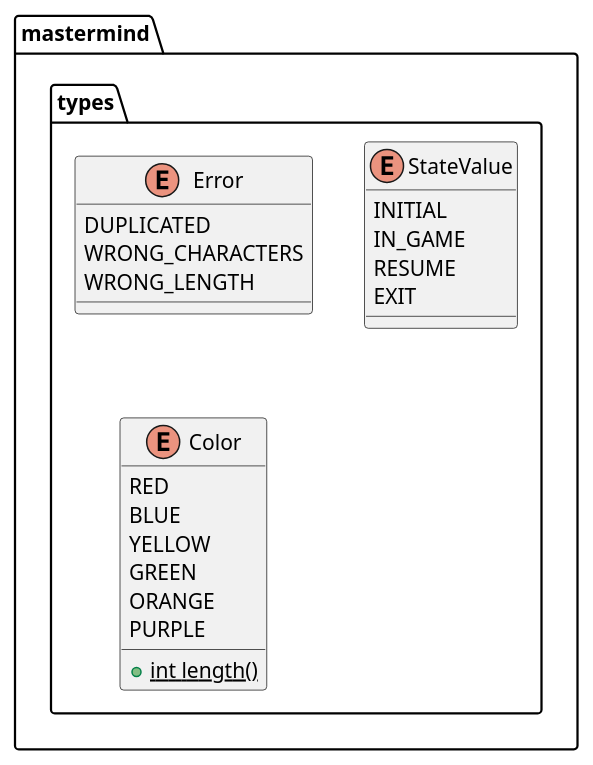
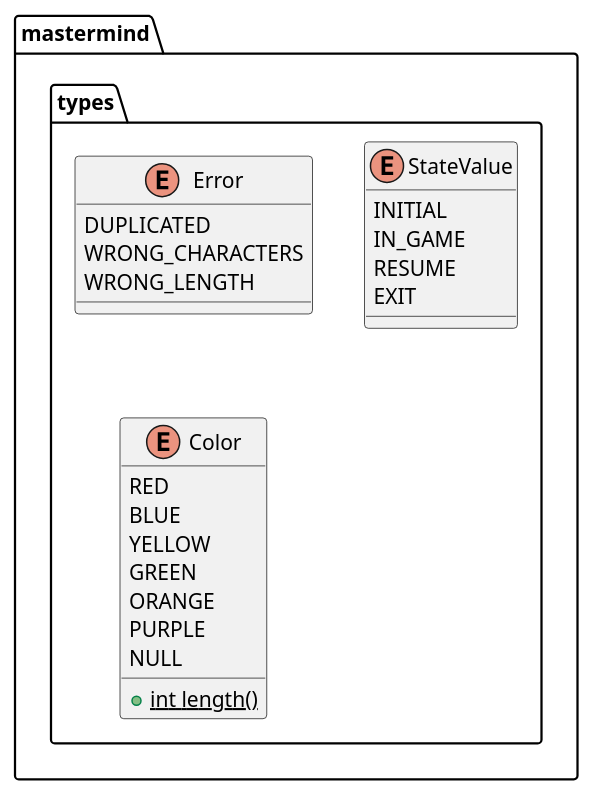
The diagram in docs/sources/paqueteMastermindTypes.iuml (jprieto92/mastermindClientServer), drawn with PlantUML before and after one commit. The commit also changed 18 other files, not shown here.

Commit message:
Update UML diagrams without use relationships

```diff
--- a/docs/sources/paqueteMastermindTypes.iuml
+++ b/docs/sources/paqueteMastermindTypes.iuml
@@ -1,22 +1,23 @@
 @startuml
 enum mastermind.types.Error [[java:jprieto.mastermind.types.Error]] {
 	DUPLICATED
 	WRONG_CHARACTERS
 	WRONG_LENGTH
 }
 enum mastermind.types.StateValue [[java:jprieto.mastermind.types.StateValue]] {
 	INITIAL
 	IN_GAME
 	RESUME
 	EXIT
 }
 enum mastermind.types.Color [[java:jprieto.mastermind.types.Color]] {
 	RED
 	BLUE
 	YELLOW
 	GREEN
 	ORANGE
 	PURPLE
+	NULL
 	+{static}int length()
 }
 @enduml
```
